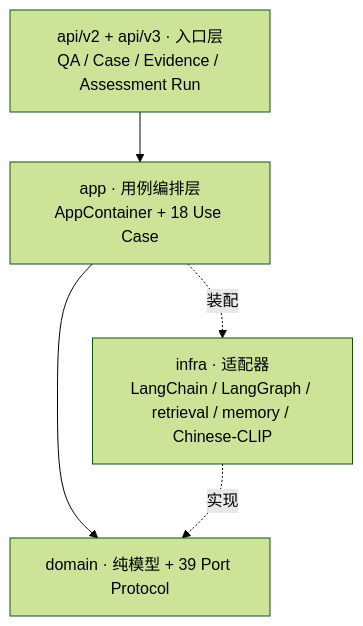
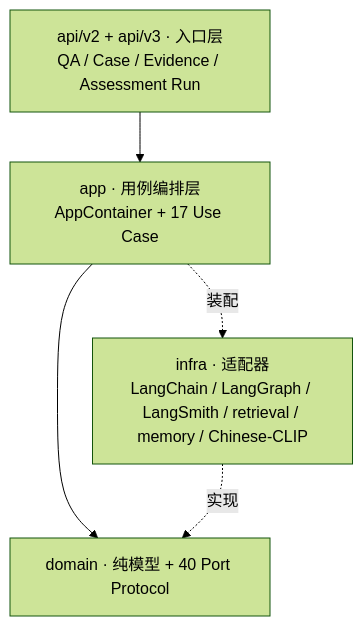
Before and after one commit to Melodymll01/riskpilot-cross-border-data-agent: the first of 2 diagrams in README.md, drawn with Mermaid (forest theme). The commit also changed other lines of this file and 51 other files, not shown here.

````diff
--- a/README.md
+++ b/README.md
@@ -72,11 +75,11 @@
 ```mermaid
 flowchart TB
     API[api/v2 + api/v3 · 入口层<br/>QA / Case / Evidence / Assessment Run]
-    APP[app · 用例编排层<br/>AppContainer + 18 Use Case]
-    DOMAIN[domain · 纯模型 + 39 Port Protocol]
-    INFRA[infra · 适配器<br/>LangChain / LangGraph / retrieval / memory / Chinese-CLIP]
+    APP[app · 用例编排层<br/>AppContainer + 17 Use Case]
+    DOMAIN[domain · 纯模型 + 40 Port Protocol]
+    INFRA[infra · 适配器<br/>LangChain / LangGraph / LangSmith / retrieval / memory / Chinese-CLIP]
 
     API --> APP --> DOMAIN
     INFRA -.实现.-> DOMAIN
     APP -.装配.-> INFRA
 ```
````
